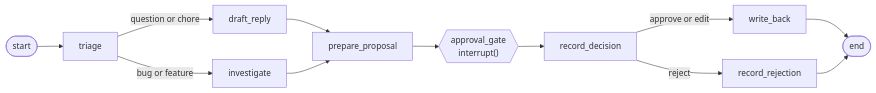
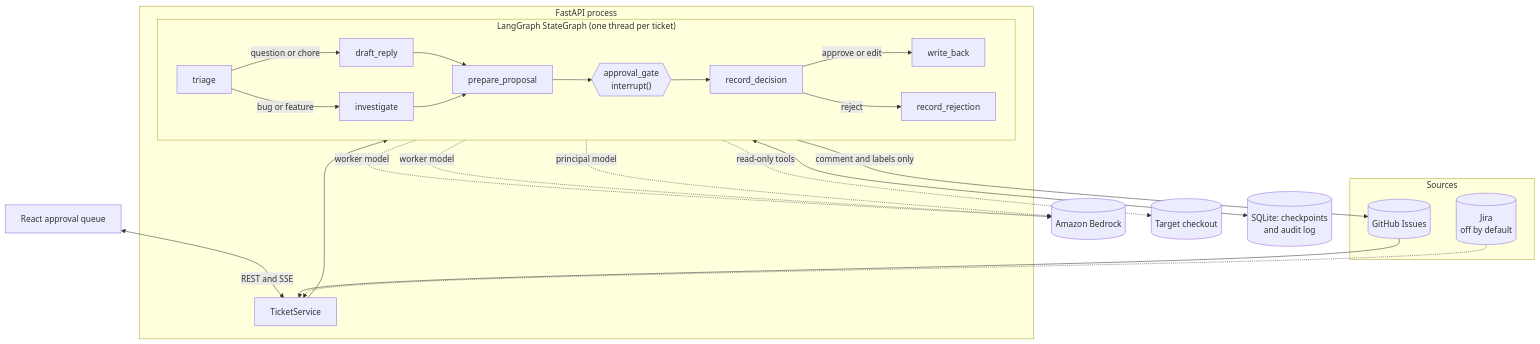
The diagram in README.md (bamseynet/poc-langgraph-swe-tickets), drawn with Mermaid before and after one commit. The commit also changed other lines of this file and 28 other files, not shown here.

````diff
--- a/README.md
+++ b/README.md
@@ -15,14 +29,33 @@
 ```mermaid
-flowchart LR
-    START([start]) --> triage
-    triage -->|question or chore| draft_reply
-    triage -->|bug or feature| investigate
-    draft_reply --> prepare_proposal
-    investigate --> prepare_proposal
-    prepare_proposal --> approval_gate{{"approval_gate<br/>interrupt()"}}
-    approval_gate --> record_decision
-    record_decision -->|approve or edit| write_back
-    record_decision -->|reject| record_rejection
-    write_back --> END([end])
-    record_rejection --> END
+flowchart TB
+    subgraph Sources
+        GH[(GitHub Issues)]
+        JIRA[(Jira<br/>off by default)]
+    end
+
+    subgraph API["FastAPI process"]
+        SVC[TicketService]
+        subgraph Graph["LangGraph StateGraph (one thread per ticket)"]
+            direction LR
+            T[triage] -->|question or chore| D[draft_reply]
+            T -->|bug or feature| I[investigate]
+            D --> P[prepare_proposal]
+            I --> P
+            P --> G{{"approval_gate<br/>interrupt()"}}
+            G --> R[record_decision]
+            R -->|approve or edit| W[write_back]
+            R -->|reject| X[record_rejection]
+        end
+        SVC --> Graph
+    end
+
+    UI[React approval queue] <-->|REST and SSE| SVC
+    GH --> SVC
+    JIRA -.-> SVC
+    T -. worker model .-> B[(Amazon Bedrock)]
+    D -. worker model .-> B
+    I -. principal model .-> B
+    I -. read-only tools .-> REPO[(Target checkout)]
+    Graph <--> DB[(SQLite: checkpoints<br/>and audit log)]
+    W -->|comment and labels only| GH
 ```
````
